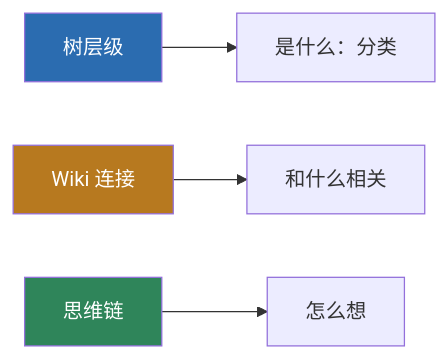
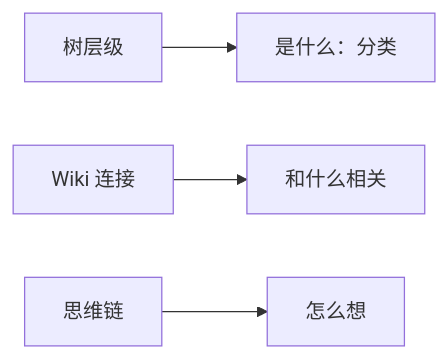
Before and after one commit to Baixiaodou/comm-knowledge-graph: the second of 12 diagrams in README.md, drawn with Mermaid. The commit also changed other lines of this file, not shown here.

Commit message:
docs: 重组 README 结构（目录置顶、快速开始前移、重复章节合并、大图收进折叠块）

````diff
--- a/README.md
+++ b/README.md
@@ -163,9 +142,6 @@
 ```mermaid
 flowchart LR
     T[树层级] --> T1["是什么：分类"]
     W[Wiki 连接] --> W1["和什么相关"]
     C[思维链] --> C1["怎么想"]
-    style T fill:#2b6cb0,color:#fff
-    style W fill:#b7791f,color:#fff
-    style C fill:#2f855a,color:#fff
 ```
````
